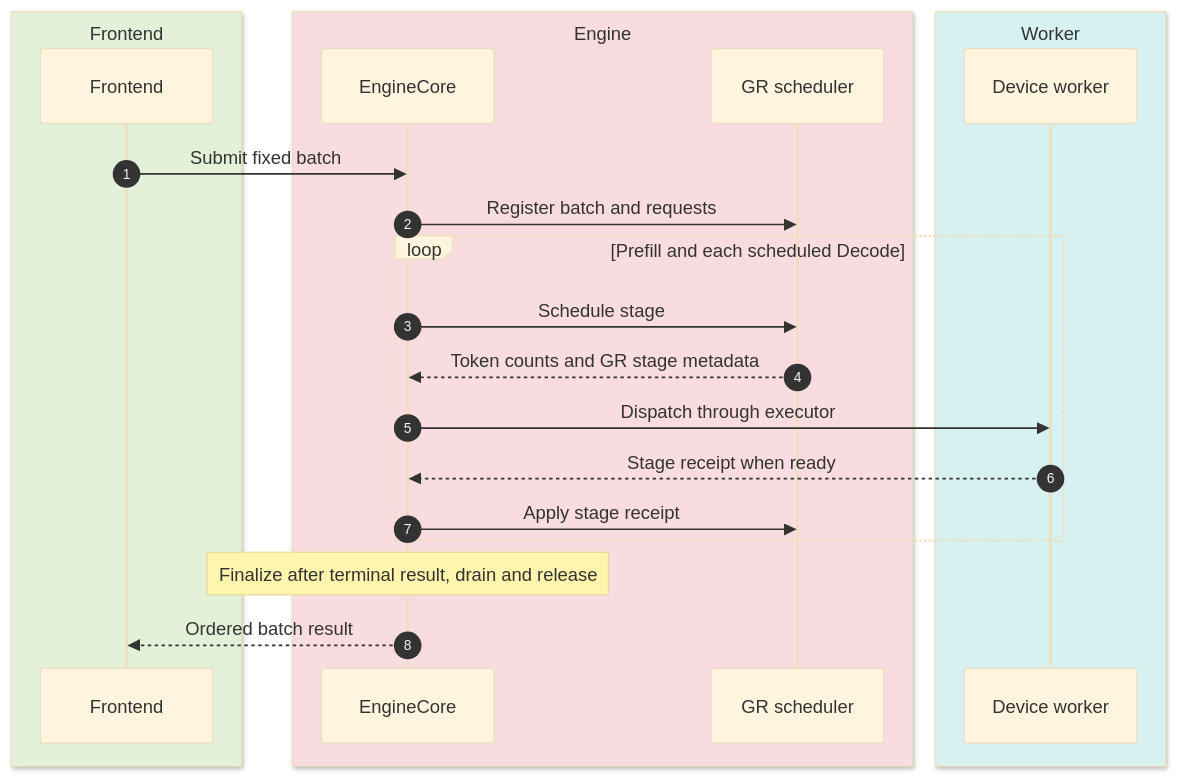
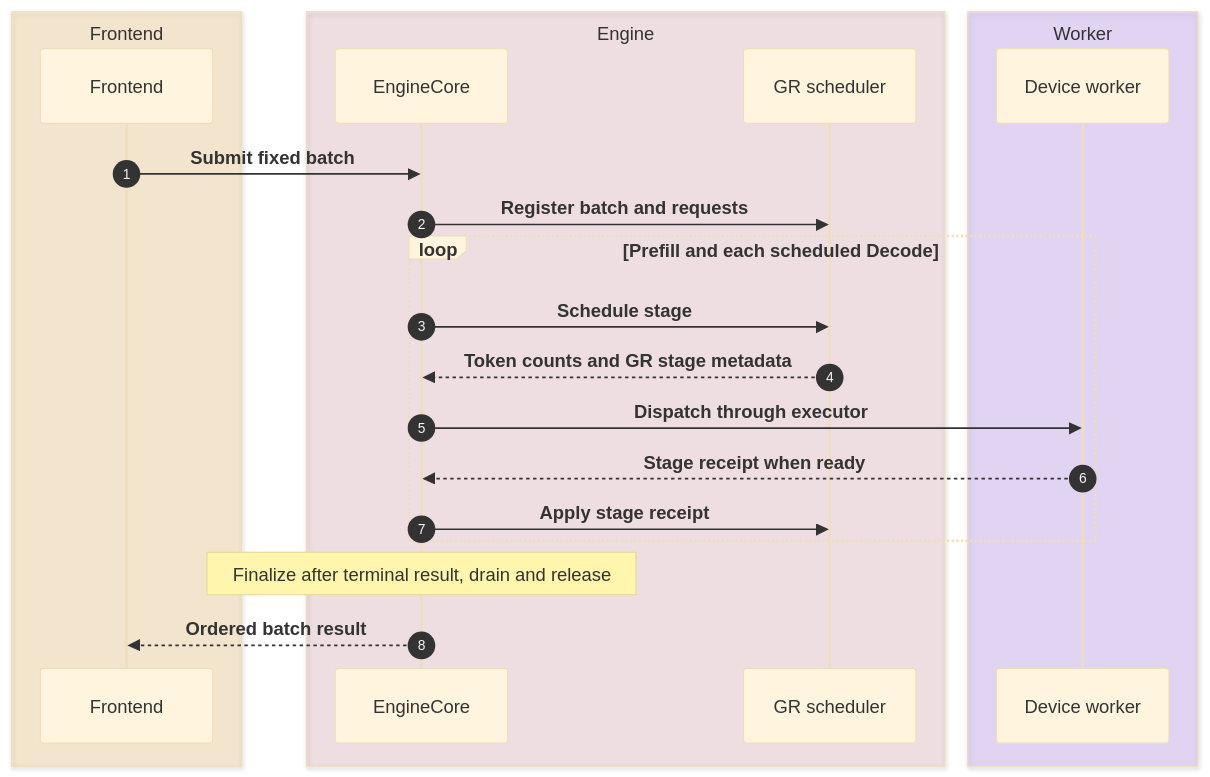
One commit to vllm-project/vllm-gr changed the diagram in docs/design/feature/beam_batch_execution.md. Above: the diagram before and after it, drawn with Mermaid (base theme). The commit also changed other lines of this file and 6 other files, not shown here.

Commit message:
docs: clarify feature design guides and improve diagram contrast

````diff
--- a/docs/design/feature/beam_batch_execution.md
+++ b/docs/design/feature/beam_batch_execution.md
@@ -16,25 +15,31 @@
 ```mermaid
+---
+config:
+  sequence:
+    messageFontWeight: 600
+    noteFontWeight: 600
+---
 sequenceDiagram
     autonumber
-    box rgb(227,241,217) Frontend
+    box rgba(249,180,63,0.20) Frontend
         participant F as Frontend
     end
-    box rgb(249,220,224) Engine
+    box rgba(190,83,105,0.14) Engine
         participant E as EngineCore
         participant S as GR scheduler
     end
-    box rgb(215,241,241) Worker
+    box rgba(167,112,247,0.22) Worker
         participant W as Device worker
     end
     F->>E: Submit fixed batch
     E->>S: Register batch and requests
     loop Prefill and each scheduled Decode
         E->>S: Schedule stage
         S-->>E: Token counts and GR stage metadata
         E->>W: Dispatch through executor
         W-->>E: Stage receipt when ready
         E->>S: Apply stage receipt
     end
     Note over E: Finalize after terminal result, drain and release
     E-->>F: Ordered batch result
 ```
````
